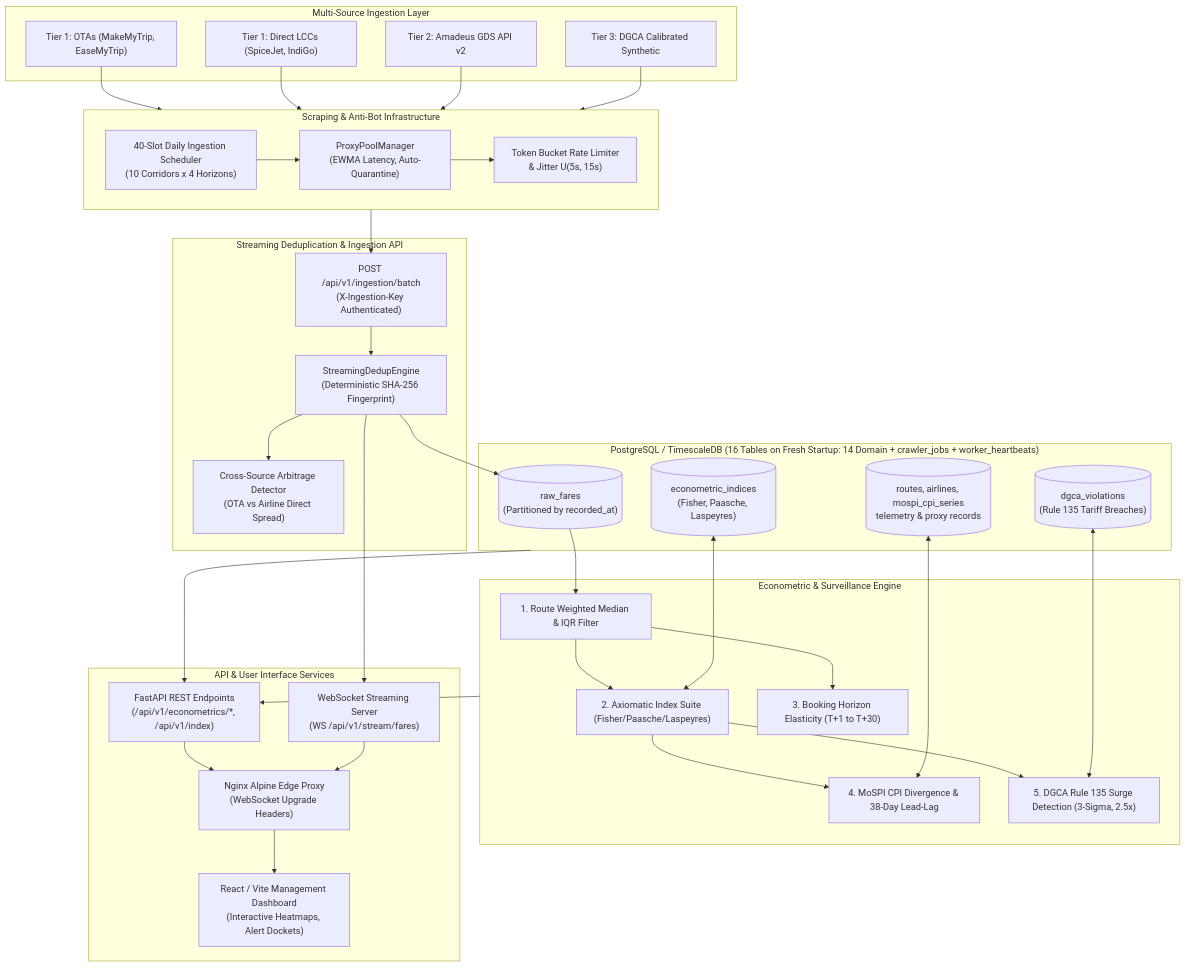
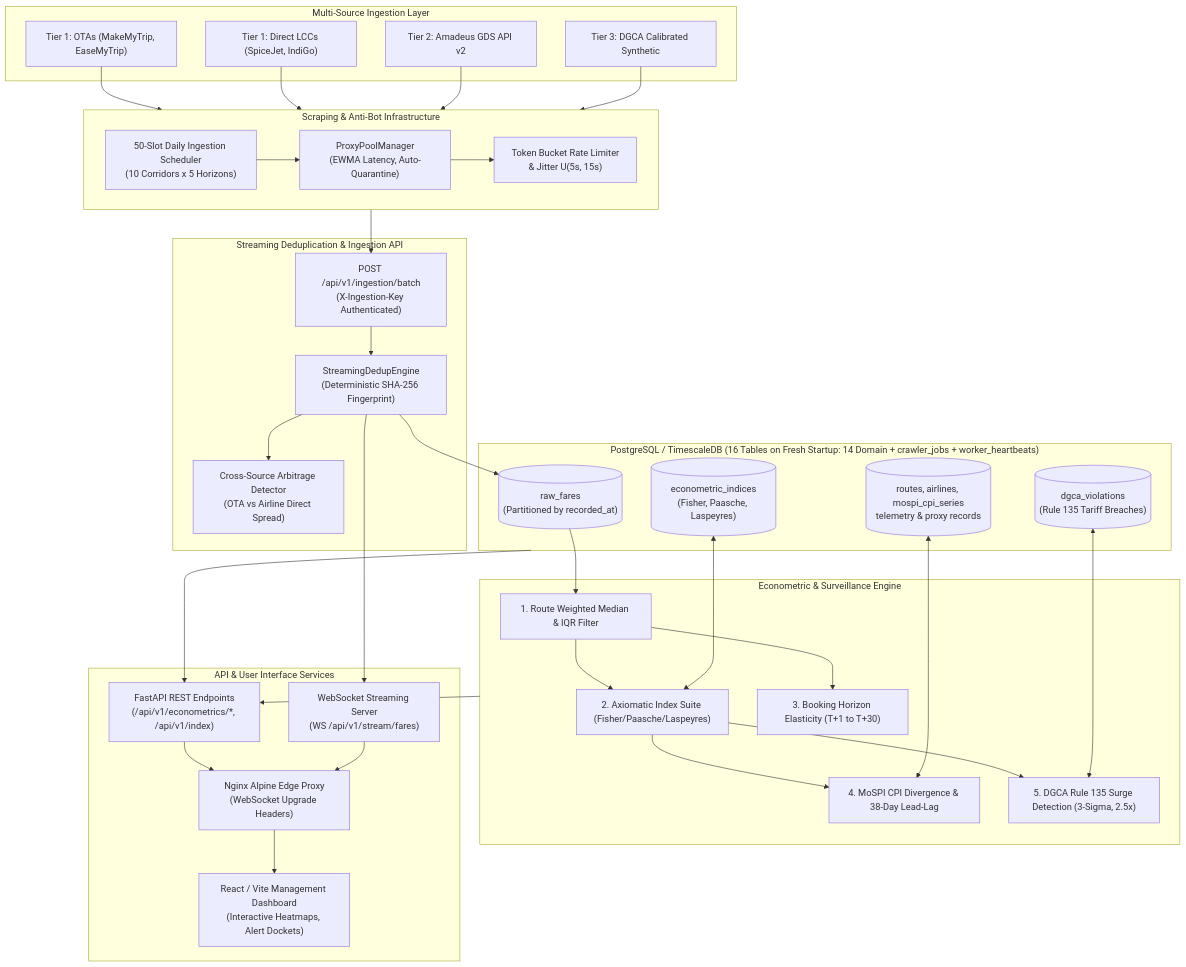
The first of 5 diagrams in docs/APIX_MASTER_SPECIFICATION.md (SameerKumar05/APIx), drawn with Mermaid before and after one commit. The commit also changed other lines of this file and 5 other files, not shown here.

````diff
--- a/docs/APIX_MASTER_SPECIFICATION.md
+++ b/docs/APIX_MASTER_SPECIFICATION.md
@@ -70,70 +70,70 @@
 ```mermaid
 flowchart TD
     subgraph IngestionSources ["Multi-Source Ingestion Layer"]
         OTA["Tier 1: OTAs (MakeMyTrip, EaseMyTrip)"]
         AIR["Tier 1: Direct LCCs (SpiceJet, IndiGo)"]
         GDS["Tier 2: Amadeus GDS API v2"]
         SYN["Tier 3: DGCA Calibrated Synthetic"]
     end
 
     subgraph ScrapingEngine ["Scraping & Anti-Bot Infrastructure"]
-        SCHED["40-Slot Daily Ingestion Scheduler<br/>(10 Corridors x 4 Horizons)"]
+        SCHED["50-Slot Daily Ingestion Scheduler<br/>(10 Corridors x 5 Horizons)"]
         PROXY["ProxyPoolManager<br/>(EWMA Latency, Auto-Quarantine)"]
         RATELIM["Token Bucket Rate Limiter<br/>& Jitter U(5s, 15s)"]
         SCHED --> PROXY --> RATELIM
     end
 
     OTA --> ScrapingEngine
     AIR --> ScrapingEngine
     GDS --> ScrapingEngine
     SYN --> ScrapingEngine
 
     subgraph StreamingPipeline ["Streaming Deduplication & Ingestion API"]
         BATCH_API["POST /api/v1/ingestion/batch<br/>(X-Ingestion-Key Authenticated)"]
         DEDUP["StreamingDedupEngine<br/>(Deterministic SHA-256 Fingerprint)"]
         ARBITRAGE["Cross-Source Arbitrage Detector<br/>(OTA vs Airline Direct Spread)"]
         BATCH_API --> DEDUP --> ARBITRAGE
     end
 
     ScrapingEngine --> BATCH_API
 
     subgraph StorageLayer ["PostgreSQL / TimescaleDB (16 Tables on Fresh Startup: 14 Domain + crawler_jobs + worker_heartbeats)"]
         RAW[("raw_fares<br/>(Partitioned by recorded_at)")]
         ECON[("econometric_indices<br/>(Fisher, Paasche, Laspeyres)")]
         VIOL[("dgca_violations<br/>(Rule 135 Tariff Breaches)")]
         META[("routes, airlines, mospi_cpi_series<br/>telemetry & proxy records")]
     end
 
     DEDUP --> RAW
 
     subgraph EconometricEngine ["Econometric & Surveillance Engine"]
         REP["1. Route Weighted Median & IQR Filter"]
         SUPER["2. Axiomatic Index Suite (Fisher/Paasche/Laspeyres)"]
         ELAST["3. Booking Horizon Elasticity (T+1 to T+30)"]
         GAP["4. MoSPI CPI Divergence & 38-Day Lead-Lag"]
         RULE135["5. DGCA Rule 135 Surge Detection (3-Sigma, 2.5x)"]
         
         REP --> SUPER --> GAP
         REP --> ELAST
         SUPER --> RULE135
     end
 
     RAW --> REP
     ECON <--> SUPER
     VIOL <--> RULE135
     META <--> GAP
 
     subgraph DeliveryLayer ["API & User Interface Services"]
         REST["FastAPI REST Endpoints<br/>(/api/v1/econometrics/*, /api/v1/index)"]
         WS["WebSocket Streaming Server<br/>(WS /api/v1/stream/fares)"]
         DASH["React / Vite Management Dashboard<br/>(Interactive Heatmaps, Alert Dockets)"]
         NGINX["Nginx Alpine Edge Proxy<br/>(WebSocket Upgrade Headers)"]
     end
 
     StorageLayer --> REST
     EconometricEngine --> REST
     DEDUP --> WS
     REST --> NGINX
     WS --> NGINX
     NGINX --> DASH
 ```
````
